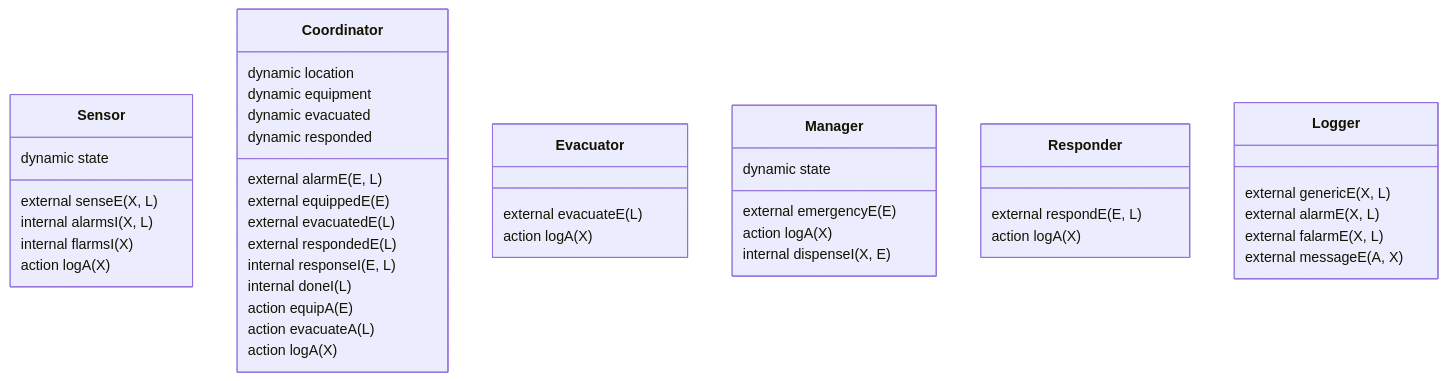
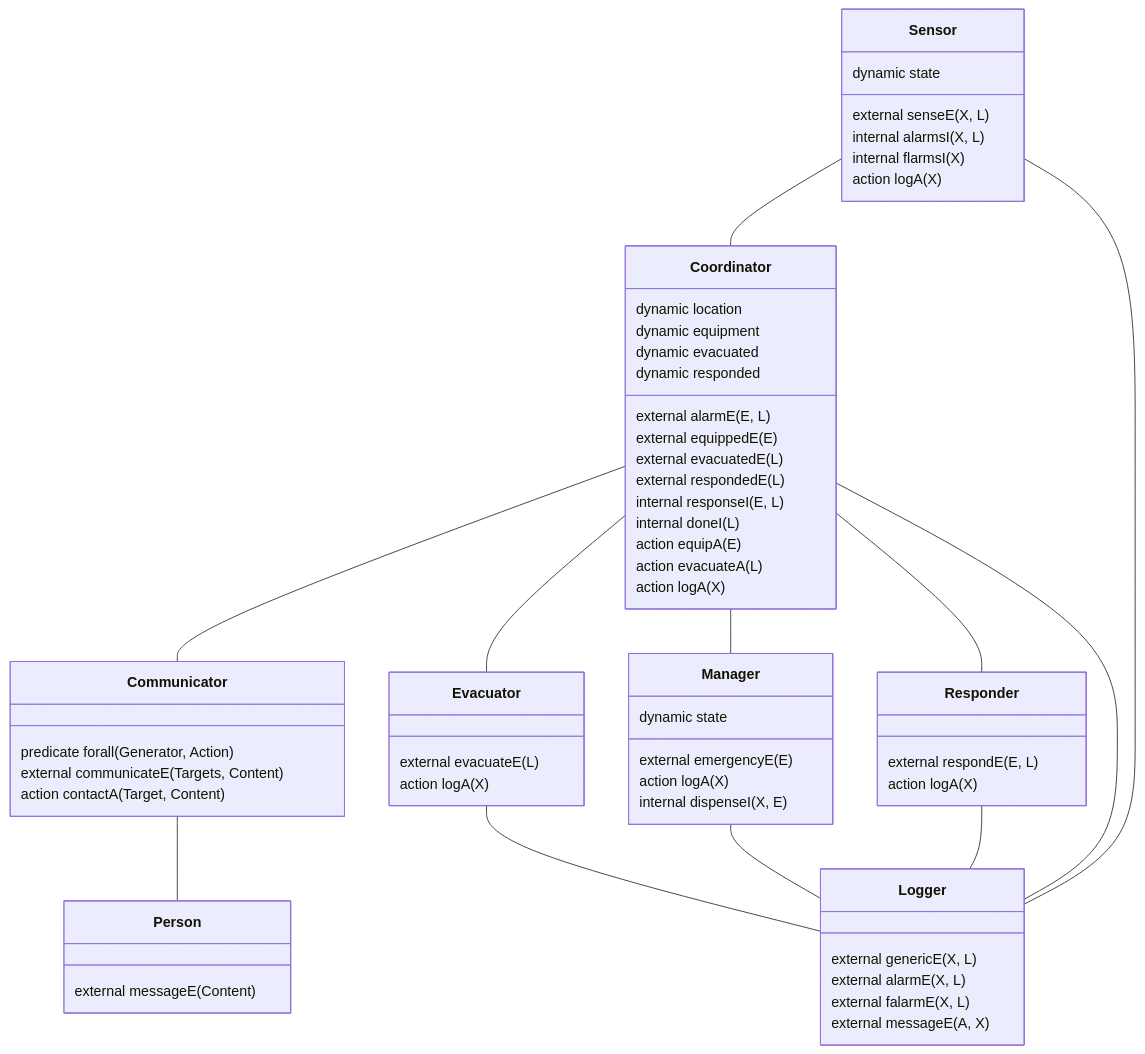
The diagram in example/docs/diagrams/class.md (lollix91/dalia), drawn with Mermaid before and after one commit. The commit also changed 9 other files, not shown here.

Commit message:
added inform, added communicatorType, updated docs and diagrams

````diff
--- a/example/docs/diagrams/class.md
+++ b/example/docs/diagrams/class.md
@@ -2,38 +2,60 @@
 ```mermaid
 classDiagram
+    direction TB
     Sensor :  dynamic state
     Sensor:   external senseE(X, L)
     Sensor:   internal alarmsI(X, L)
     Sensor:   internal flarmsI(X)
     Sensor:   action   logA(X)
 
     Coordinator :  dynamic location
     Coordinator :  dynamic equipment
     Coordinator :  dynamic evacuated
     Coordinator :  dynamic responded
     Coordinator:   external alarmE(E, L)
     Coordinator:   external equippedE(E)
     Coordinator:   external evacuatedE(L)
     Coordinator:   external respondedE(L)
     Coordinator:   internal responseI(E, L)
     Coordinator:   internal doneI(L)
     Coordinator:   action   equipA(E)
     Coordinator:   action   evacuateA(L)
     Coordinator:   action   logA(X)
 
     Evacuator:   external evacuateE(L)
     Evacuator:   action   logA(X)
 
     Manager :  dynamic state
     Manager:   external emergencyE(E)
     Manager:   action   logA(X)
     Manager:   internal   dispenseI(X, E)
 
     Responder:   external respondE(E, L)
     Responder:   action   logA(X)
 
+
+    Communicator:   predicate forall(Generator, Action)
+    Communicator:   external communicateE(Targets, Content)
+    Communicator:   action   contactA(Target, Content)
+
+    Person:   external messageE(Content)
+
     Logger:   external genericE(X, L)
     Logger:   external alarmE(X, L)
     Logger:   external falarmE(X, L)
     Logger:   external messageE(A, X)
+
+    Sensor -- Coordinator
+    Coordinator -- Communicator
+    Coordinator -- Evacuator
+    Coordinator -- Manager
+    Coordinator -- Responder
+
+    Communicator -- Person
+
+    Sensor -- Logger
+    Coordinator -- Logger
+    Evacuator -- Logger
+    Manager -- Logger
+    Responder -- Logger
 ```
````
